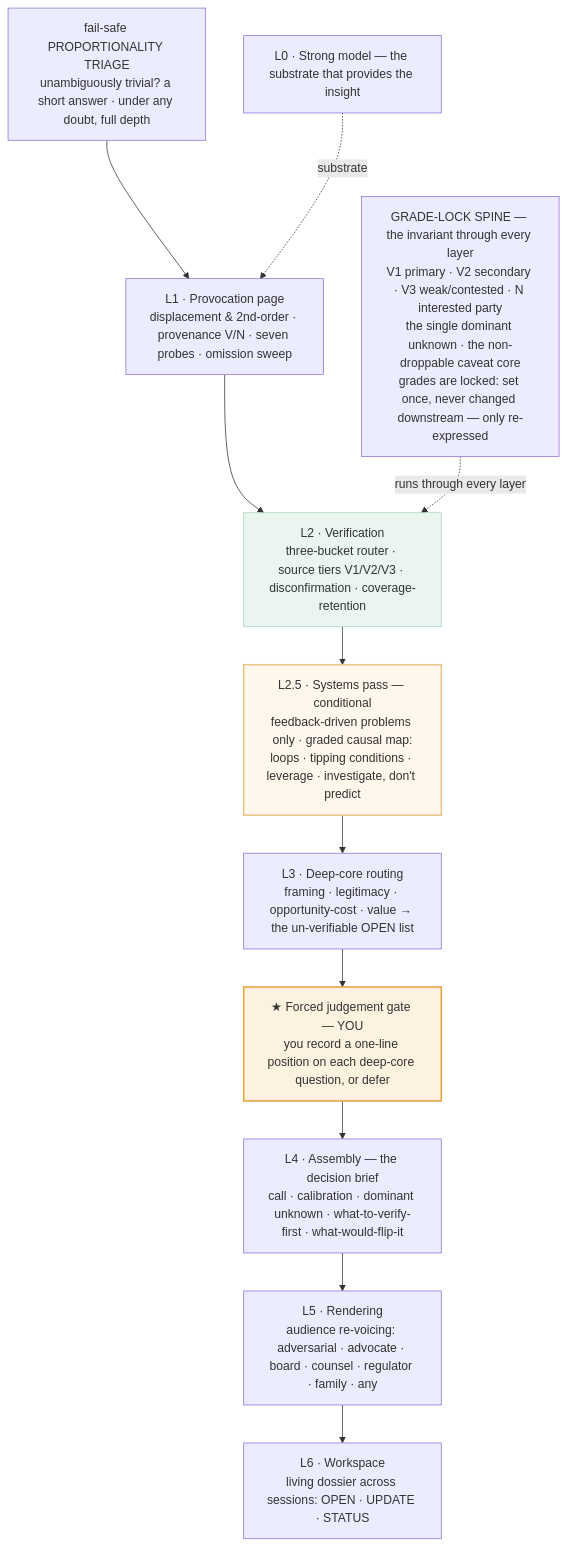
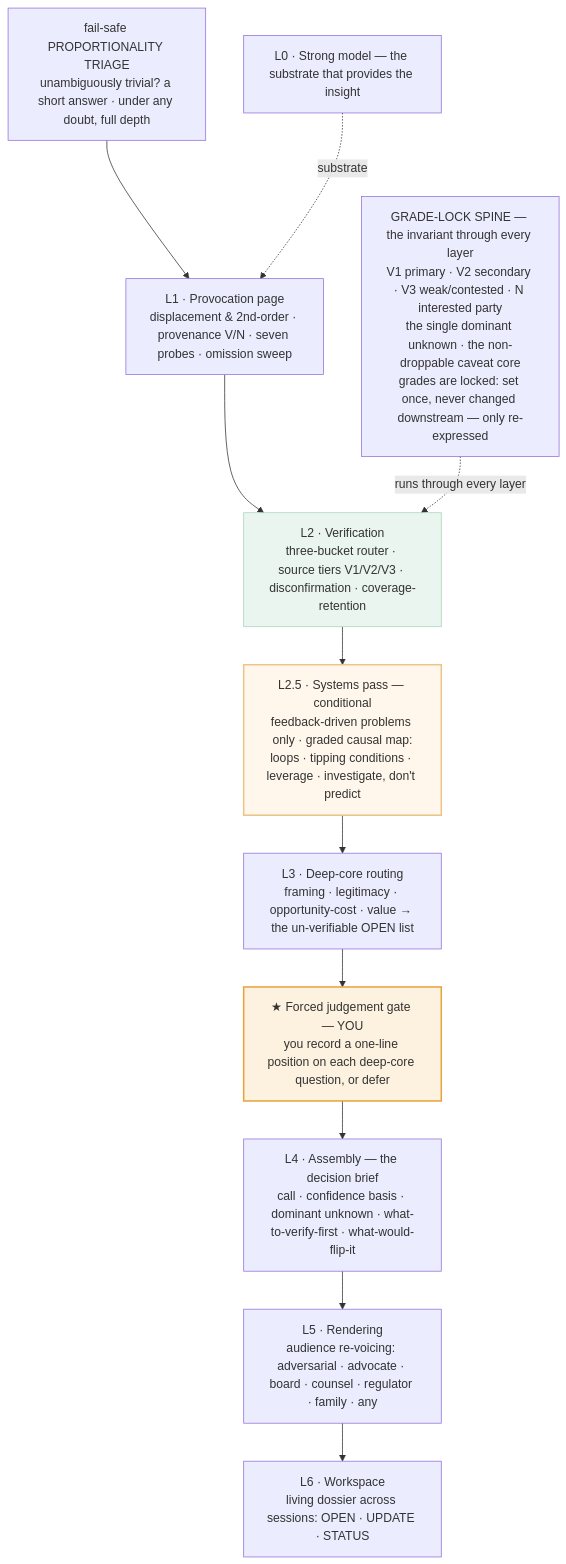
One commit to ComplexAR/Insight-Engine changed the first of 2 diagrams in docs/User-Operating-Guide.md. Above: the diagram before and after it, drawn with Mermaid. The commit also changed other lines of this file and 10 other files, not shown here.

````diff
--- a/docs/User-Operating-Guide.md
+++ b/docs/User-Operating-Guide.md
@@ -46,21 +46,21 @@
 ```mermaid
 flowchart TD
     TR["fail-safe PROPORTIONALITY TRIAGE<br/>unambiguously trivial? a short answer · under any doubt, full depth"]
     TR --> L1["L1 · Provocation page<br/>displacement &amp; 2nd-order · provenance V/N · seven probes · omission sweep"]
     L1 --> L2["L2 · Verification<br/>three-bucket router · source tiers V1/V2/V3 · disconfirmation · coverage-retention"]
     L2 --> L25["L2.5 · Systems pass — conditional<br/>feedback-driven problems only · graded causal map:<br/>loops · tipping conditions · leverage · investigate, don't predict"]
     L25 --> L3["L3 · Deep-core routing<br/>framing · legitimacy · opportunity-cost · value → the un-verifiable OPEN list"]
     L3 --> GATE["★ Forced judgement gate — YOU<br/>you record a one-line position on each deep-core question, or defer"]
-    GATE --> L4["L4 · Assembly — the decision brief<br/>call · calibration · dominant unknown · what-to-verify-first · what-would-flip-it"]
+    GATE --> L4["L4 · Assembly — the decision brief<br/>call · confidence basis · dominant unknown · what-to-verify-first · what-would-flip-it"]
     L4 --> L5["L5 · Rendering<br/>audience re-voicing: adversarial · advocate · board · counsel · regulator · family · any"]
     L5 --> L6["L6 · Workspace<br/>living dossier across sessions: OPEN · UPDATE · STATUS"]
     L0["L0 · Strong model — the substrate that provides the insight"] -.->|substrate| L1
     SPINE["GRADE-LOCK SPINE — the invariant through every layer<br/>V1 primary · V2 secondary · V3 weak/contested · N interested party<br/>the single dominant unknown · the non-droppable caveat core<br/>grades are locked: set once, never changed downstream — only re-expressed"]
     SPINE -.->|runs through every layer| L2
     classDef gate fill:#fdf1df,stroke:#e8a33d,stroke-width:2px;
     classDef cond fill:#fff7ec,stroke:#eac489,stroke-width:2px;
     classDef green fill:#e9f5ee,stroke:#a9d4bd;
     class GATE gate;
     class L25 cond;
     class L2 green;
 ```
````
